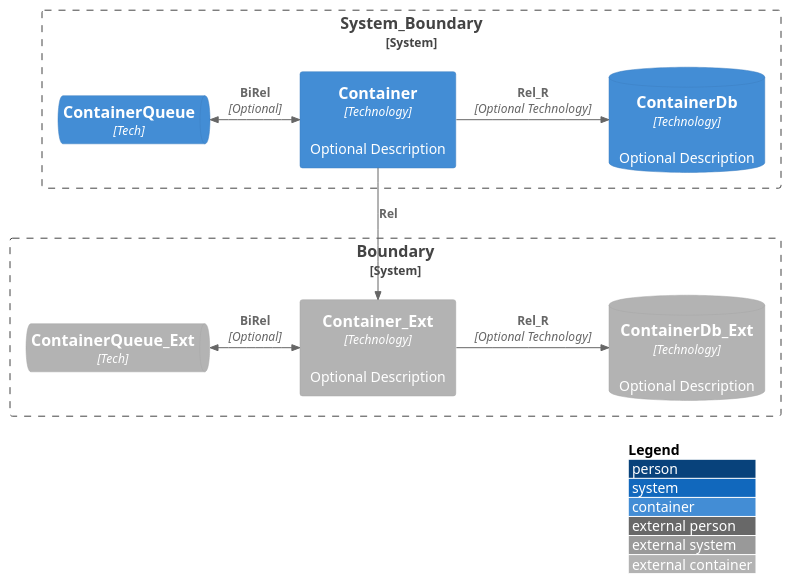
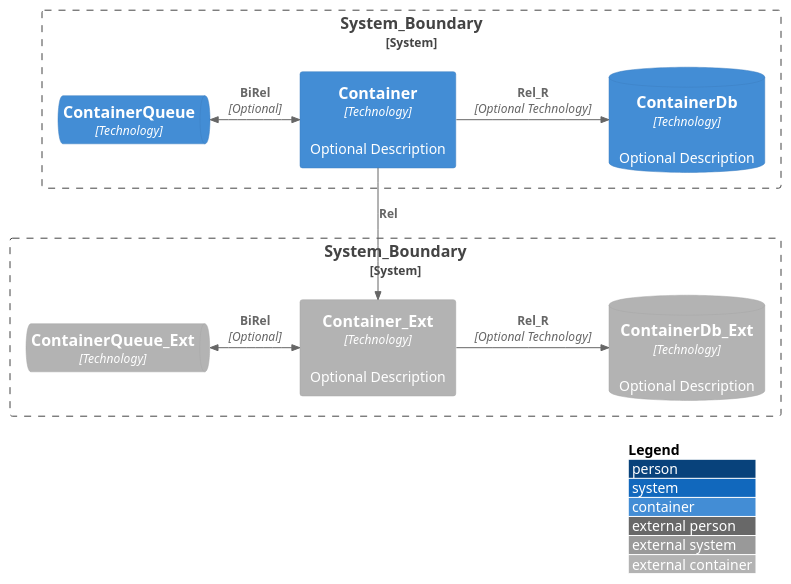
One commit to rolfkleef/drostan-antora-ui changed the diagram in docs_drostan/modules/visual_style/examples/puml/c4-container.puml. Above: the diagram before and after it, drawn with PlantUML. The commit also changed 5 other files, not shown here.

```diff
--- a/docs_drostan/modules/visual_style/examples/puml/c4-container.puml
+++ b/docs_drostan/modules/visual_style/examples/puml/c4-container.puml
@@ -1,25 +1,25 @@
 @startuml
 !include <C4/C4_Container>
 
 LAYOUT_WITH_LEGEND()
 
 System_Boundary(boundary1, "System_Boundary", "Boundary type") {
   Container(container1, "Container", "Technology", "Optional Description")
-  ContainerQueue(cqueue, "ContainerQueue", "Tech")
+  ContainerQueue(cqueue, "ContainerQueue", "Technology")
   ContainerDb(cdb, "ContainerDb", "Technology", "Optional Description")
 
   Rel_R(container1, cdb, "Rel_R", "Optional Technology")
   BiRel_L(container1, cqueue, "BiRel", "Optional")
 }
 
-System_Boundary(boundary2, "Boundary", "Boundary type") {
+System_Boundary(boundary2, "System_Boundary", "Boundary type") {
   Container_Ext(container2, "Container_Ext", "Technology", "Optional Description")
-  ContainerQueue_Ext(cqueue2, "ContainerQueue_Ext", "Tech")
+  ContainerQueue_Ext(cqueue2, "ContainerQueue_Ext", "Technology")
   ContainerDb_Ext(cdb2, "ContainerDb_Ext", "Technology", "Optional Description")
 
   Rel_R(container2, cdb2, "Rel_R", "Optional Technology")
   BiRel_L(container2, cqueue2, "BiRel", "Optional")
 }
 
 Rel(container1, container2, "Rel")
 @enduml
```
